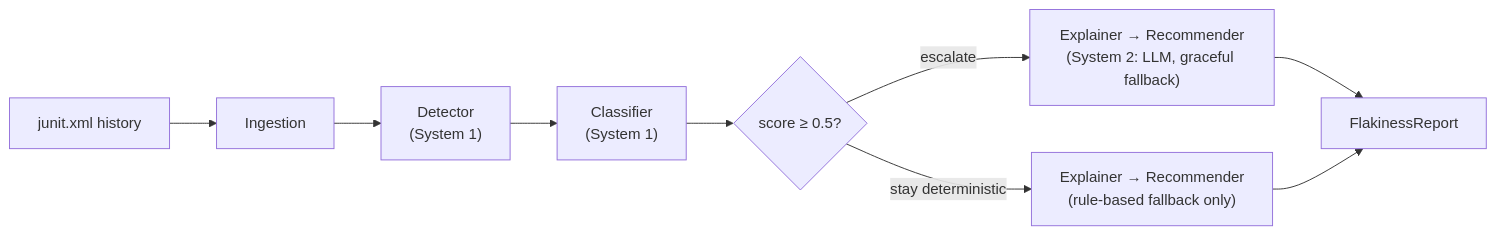
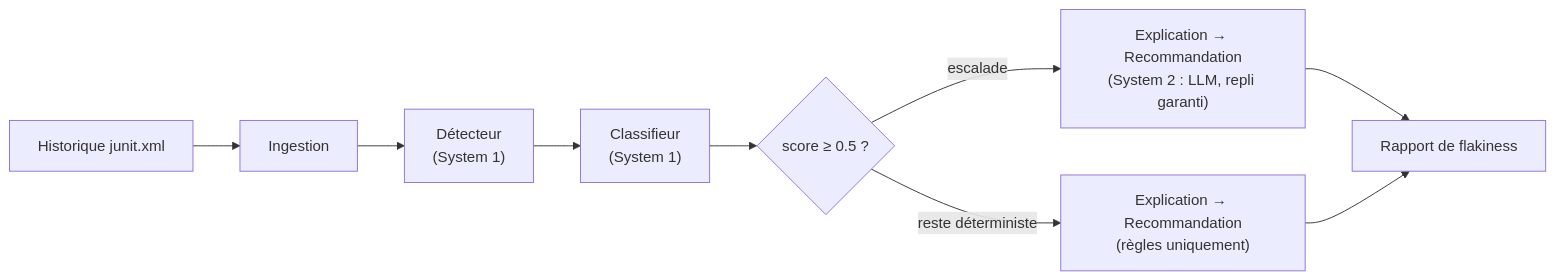
One commit to BazanJeremy/flakysense changed the diagram in README.md. Above: the diagram before and after it, drawn with Mermaid. The commit also changed other lines of this file and 1 other file, not shown here.

````diff
--- a/README.md
+++ b/README.md
@@ -48,11 +29,11 @@
 ```mermaid
 flowchart LR
-    A["junit.xml history"] --> B["Ingestion"]
-    B --> C["Detector\n(System 1)"]
-    C --> D["Classifier\n(System 1)"]
-    D --> E{"score ≥ 0.5?"}
-    E -- "escalate" --> F["Explainer → Recommender\n(System 2: LLM, graceful fallback)"]
-    E -- "stay deterministic" --> G["Explainer → Recommender\n(rule-based fallback only)"]
-    F --> H["FlakinessReport"]
+    A["Historique junit.xml"] --> B["Ingestion"]
+    B --> C["Détecteur\n(System 1)"]
+    C --> D["Classifieur\n(System 1)"]
+    D --> E{"score ≥ 0.5 ?"}
+    E -- "escalade" --> F["Explication → Recommandation\n(System 2 : LLM, repli garanti)"]
+    E -- "reste déterministe" --> G["Explication → Recommandation\n(règles uniquement)"]
+    F --> H["Rapport de flakiness"]
     G --> H
 ```
````
